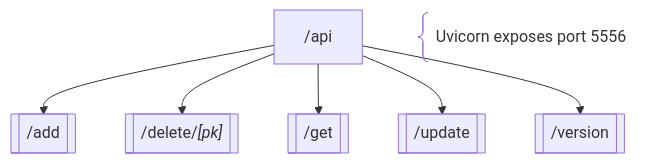
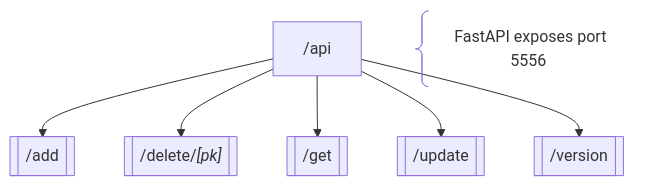
Before and after one commit to chump29/rxtrax: the diagram in backend/README.md, drawn with Mermaid. The commit also changed other lines of this file, not shown here.

````diff
--- a/backend/README.md
+++ b/backend/README.md
@@ -13,15 +13,15 @@
 ```mermaid
 flowchart TD
 api@{shape: rect, label: "/api"}
 add[["`/add`"]]
 delete[["`/delete/*[pk]*`"]]
 get[["`/get`"]]
 update[["`/update`"]]
 version[["`/version`"]]
 api-->add
 api-->delete
 api-->get
 api-->update
 api-->version
-port@{shape: brace, label: "&nbsp; Uvicorn exposes port 5556"}
+port@{shape: brace, label: "&nbsp; FastAPI exposes port 5556"}
 ```
````
